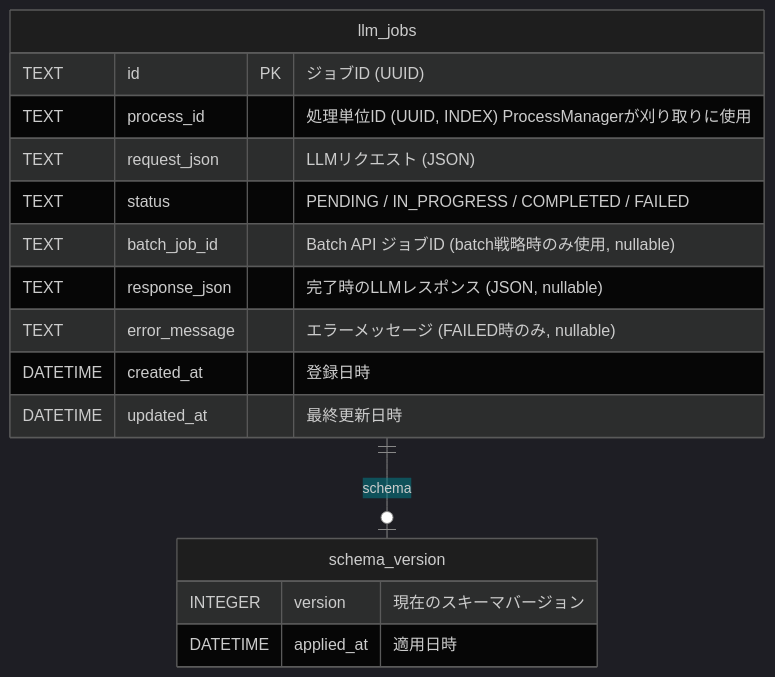
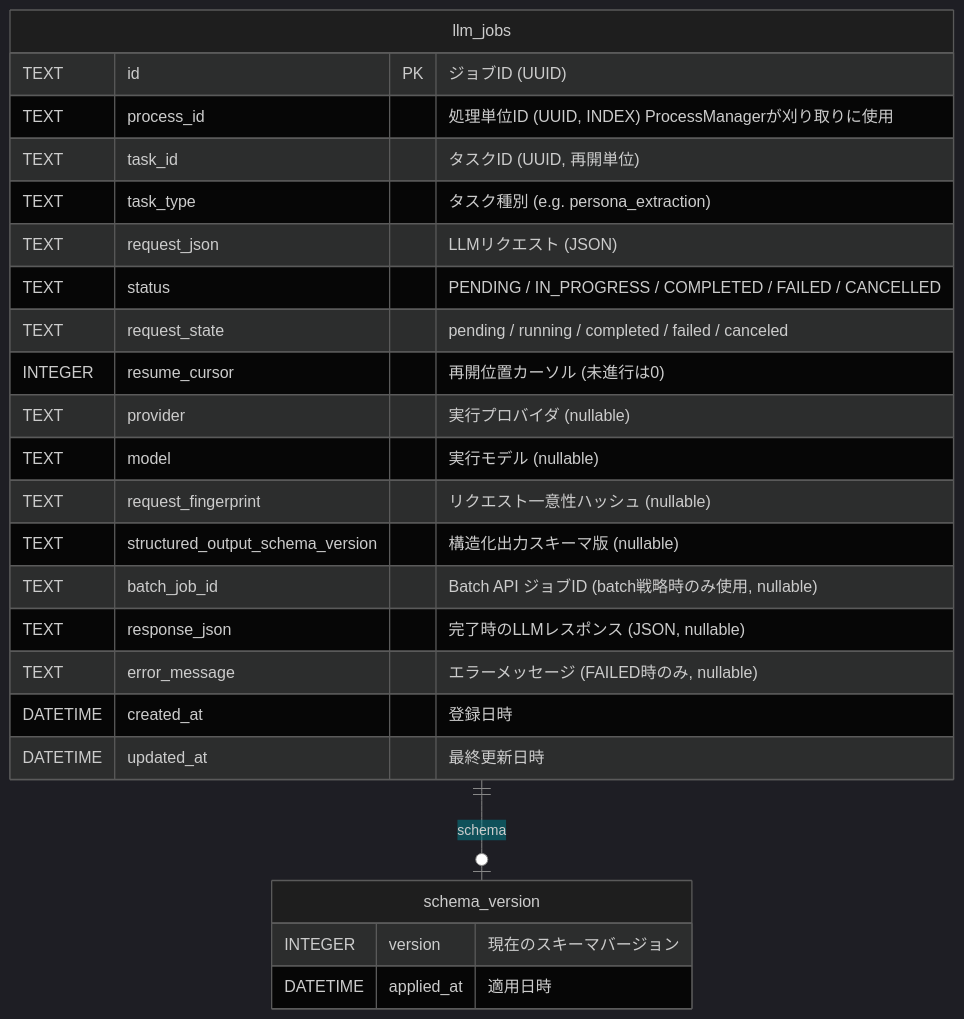
One commit to ishibata91/ai-translation-engine-2 changed the sixth of 9 diagrams in openspec/specs/database_erd.md. Above: the diagram before and after it, drawn with Mermaid. The commit also changed other lines of this file and 10 other files, not shown here.

````diff
--- a/openspec/specs/database_erd.md
+++ b/openspec/specs/database_erd.md
@@ -218,31 +218,39 @@
 ```mermaid
 %%{init: {'theme': 'dark', 'themeVariables': {
   'primaryColor': '#2b2b2b',
   'primaryTextColor': '#e0e0e0',
   'primaryBorderColor': '#00bcd4',
   'lineColor': '#888888',
   'secondaryColor': '#006064',
   'tertiaryColor': '#00838f',
   'mainBkg': '#1e1e1e',
   'nodeBorder': '#5a5a5a'
 }}}%%
 erDiagram
     llm_jobs ||--o| schema_version : "schema"
 
     llm_jobs {
         TEXT id PK "ジョブID (UUID)"
         TEXT process_id "処理単位ID (UUID, INDEX) ProcessManagerが刈り取りに使用"
+        TEXT task_id "タスクID (UUID, 再開単位)"
+        TEXT task_type "タスク種別 (e.g. persona_extraction)"
         TEXT request_json "LLMリクエスト (JSON)"
-        TEXT status "PENDING / IN_PROGRESS / COMPLETED / FAILED"
+        TEXT status "PENDING / IN_PROGRESS / COMPLETED / FAILED / CANCELLED"
+        TEXT request_state "pending / running / completed / failed / canceled"
+        INTEGER resume_cursor "再開位置カーソル (未進行は0)"
+        TEXT provider "実行プロバイダ (nullable)"
+        TEXT model "実行モデル (nullable)"
+        TEXT request_fingerprint "リクエスト一意性ハッシュ (nullable)"
+        TEXT structured_output_schema_version "構造化出力スキーマ版 (nullable)"
         TEXT batch_job_id "Batch API ジョブID (batch戦略時のみ使用, nullable)"
         TEXT response_json "完了時のLLMレスポンス (JSON, nullable)"
         TEXT error_message "エラーメッセージ (FAILED時のみ, nullable)"
         DATETIME created_at "登録日時"
         DATETIME updated_at "最終更新日時"
     }
 
     schema_version {
         INTEGER version "現在のスキーマバージョン"
         DATETIME applied_at "適用日時"
     }
 ```
````
